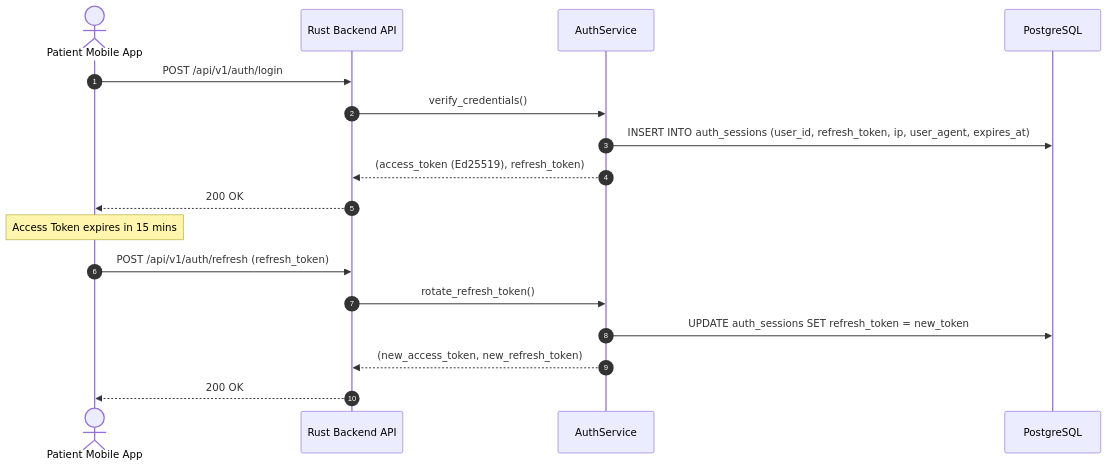
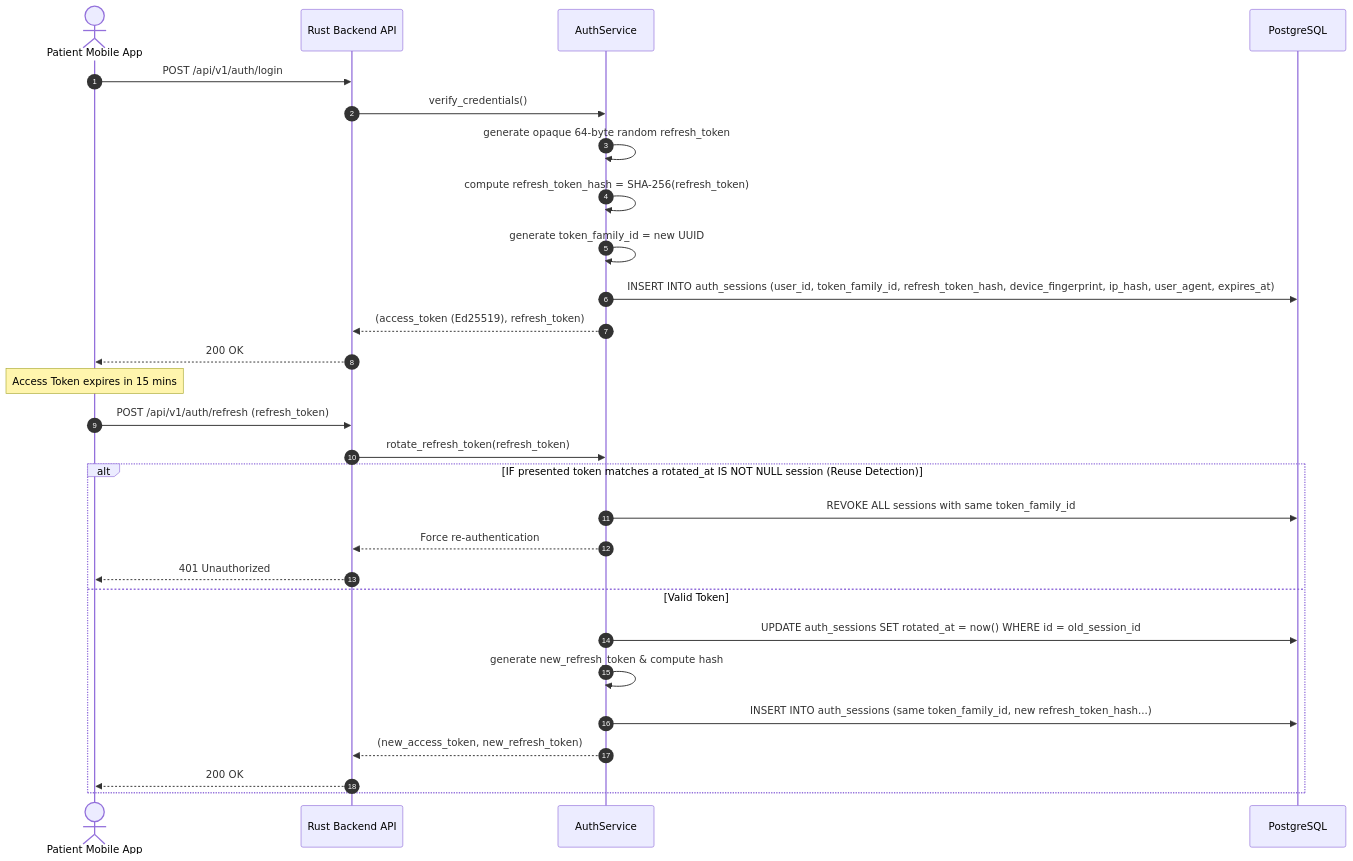
One commit to MeherabHS/hellodoctor changed the fifth of 5 diagrams in docs/DATA_FLOW.md. Above: the diagram before and after it, drawn with Mermaid. The commit also changed other lines of this file and 8 other files, not shown here.

````diff
--- a/docs/DATA_FLOW.md
+++ b/docs/DATA_FLOW.md
@@ -141,20 +166,32 @@
 ```mermaid
 sequenceDiagram
     autonumber
     actor Client as Patient Mobile App
     participant Axum as Rust Backend API
     participant AuthSvc as AuthService
     participant DB as PostgreSQL
 
     Client->>Axum: POST /api/v1/auth/login
     Axum->>AuthSvc: verify_credentials()
-    AuthSvc->>DB: INSERT INTO auth_sessions (user_id, refresh_token, ip, user_agent, expires_at)
+    AuthSvc->>AuthSvc: generate opaque 64-byte random refresh_token
+    AuthSvc->>AuthSvc: compute refresh_token_hash = SHA-256(refresh_token)
+    AuthSvc->>AuthSvc: generate token_family_id = new UUID
+    AuthSvc->>DB: INSERT INTO auth_sessions (user_id, token_family_id, refresh_token_hash, device_fingerprint, ip_hash, user_agent, expires_at)
     AuthSvc-->>Axum: (access_token (Ed25519), refresh_token)
     Axum-->>Client: 200 OK
     Note over Client: Access Token expires in 15 mins
     Client->>Axum: POST /api/v1/auth/refresh (refresh_token)
-    Axum->>AuthSvc: rotate_refresh_token()
-    AuthSvc->>DB: UPDATE auth_sessions SET refresh_token = new_token
-    AuthSvc-->>Axum: (new_access_token, new_refresh_token)
-    Axum-->>Client: 200 OK
+    Axum->>AuthSvc: rotate_refresh_token(refresh_token)
+    
+    alt IF presented token matches a rotated_at IS NOT NULL session (Reuse Detection)
+        AuthSvc->>DB: REVOKE ALL sessions with same token_family_id
+        AuthSvc-->>Axum: Force re-authentication
+        Axum-->>Client: 401 Unauthorized
+    else Valid Token
+        AuthSvc->>DB: UPDATE auth_sessions SET rotated_at = now() WHERE id = old_session_id
+        AuthSvc->>AuthSvc: generate new_refresh_token & compute hash
+        AuthSvc->>DB: INSERT INTO auth_sessions (same token_family_id, new refresh_token_hash...)
+        AuthSvc-->>Axum: (new_access_token, new_refresh_token)
+        Axum-->>Client: 200 OK
+    end
 ```
````
